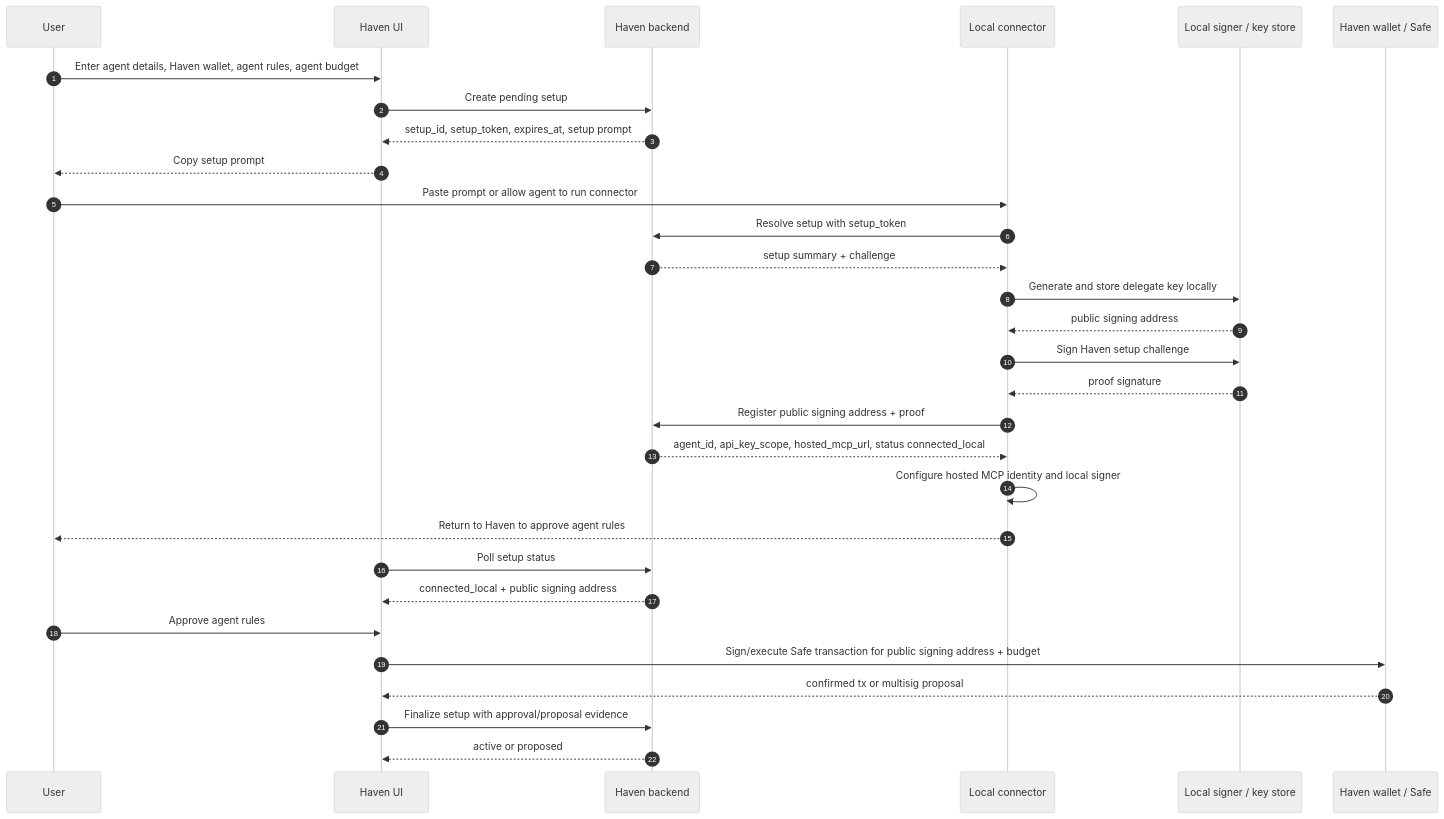
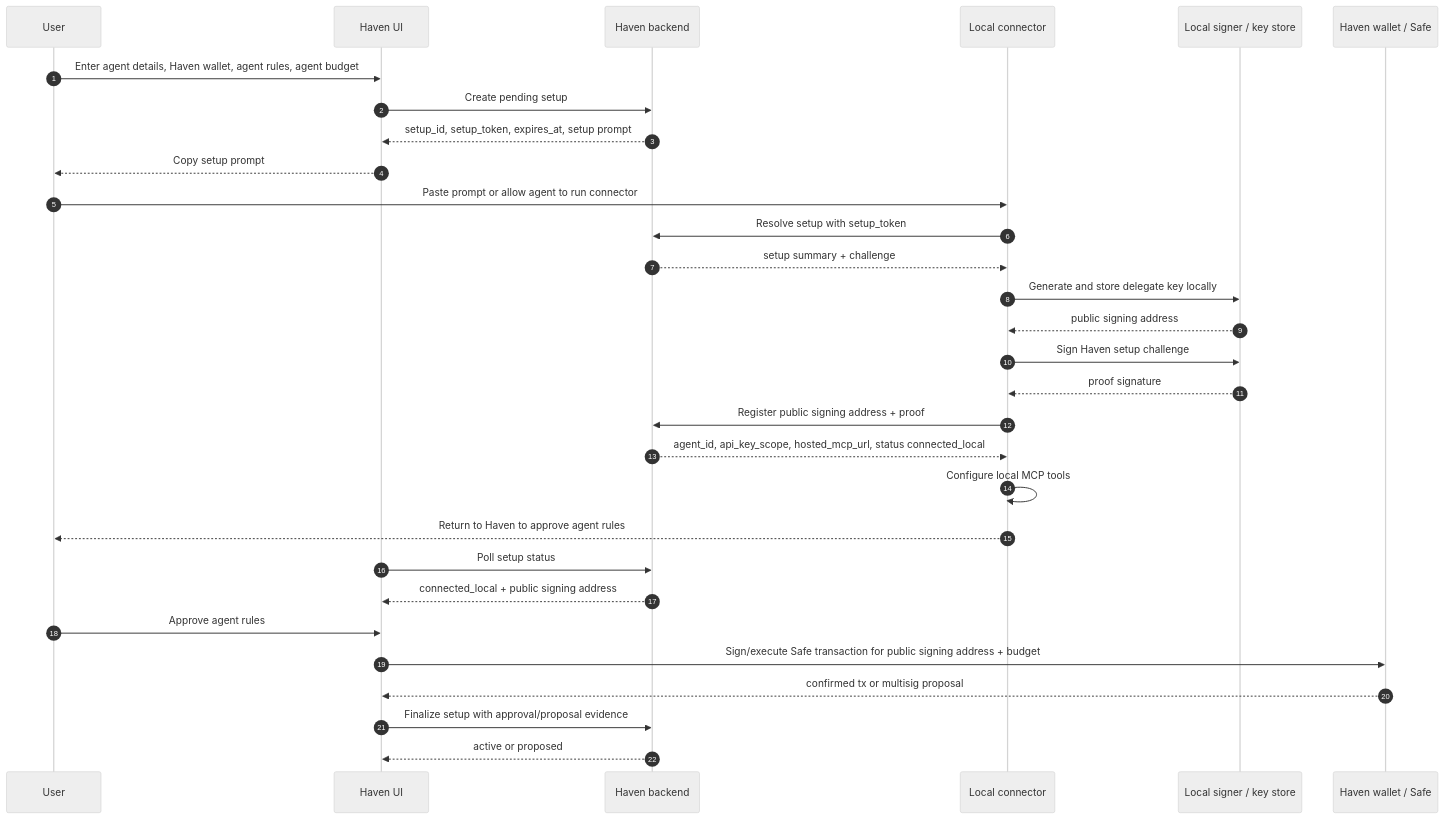
One commit to d-hinders/Haven-AI changed the first of 4 diagrams in docs/architecture/08-connect-agent-2-local-key-pairing.md. Above: the diagram before and after it, drawn with Mermaid (neutral theme). The commit also changed other lines of this file and 35 other files, not shown here.

````diff
--- a/docs/architecture/08-connect-agent-2-local-key-pairing.md
+++ b/docs/architecture/08-connect-agent-2-local-key-pairing.md
@@ -185,33 +186,33 @@
 ```mermaid
 sequenceDiagram
   autonumber
   participant User
   participant UI as Haven UI
   participant API as Haven backend
   participant Connector as Local connector
   participant Signer as Local signer / key store
   participant Wallet as Haven wallet / Safe
 
   User->>UI: Enter agent details, Haven wallet, agent rules, agent budget
   UI->>API: Create pending setup
   API-->>UI: setup_id, setup_token, expires_at, setup prompt
   UI-->>User: Copy setup prompt
   User->>Connector: Paste prompt or allow agent to run connector
   Connector->>API: Resolve setup with setup_token
   API-->>Connector: setup summary + challenge
   Connector->>Signer: Generate and store delegate key locally
   Signer-->>Connector: public signing address
   Connector->>Signer: Sign Haven setup challenge
   Signer-->>Connector: proof signature
   Connector->>API: Register public signing address + proof
   API-->>Connector: agent_id, api_key_scope, hosted_mcp_url, status connected_local
-  Connector->>Connector: Configure hosted MCP identity and local signer
+  Connector->>Connector: Configure local MCP tools
   Connector-->>User: Return to Haven to approve agent rules
   UI->>API: Poll setup status
   API-->>UI: connected_local + public signing address
   User->>UI: Approve agent rules
   UI->>Wallet: Sign/execute Safe transaction for public signing address + budget
   Wallet-->>UI: confirmed tx or multisig proposal
   UI->>API: Finalize setup with approval/proposal evidence
   API-->>UI: active or proposed
 ```
````
